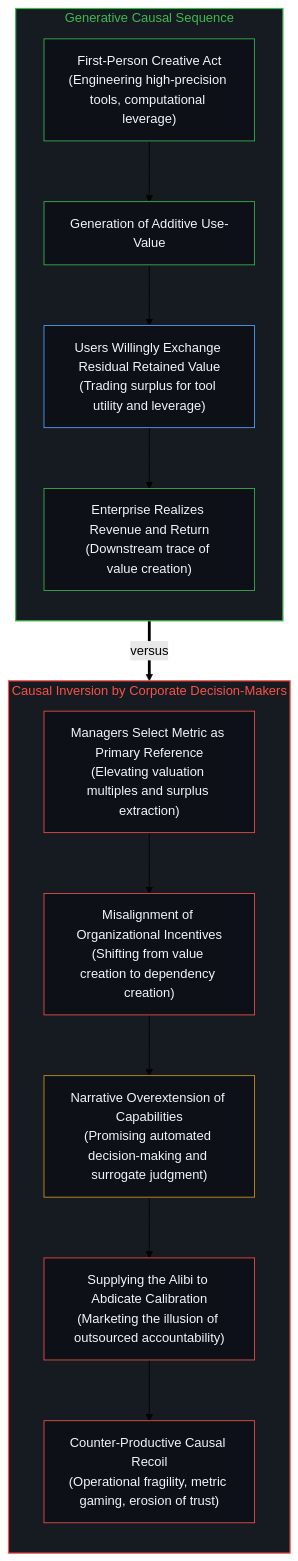
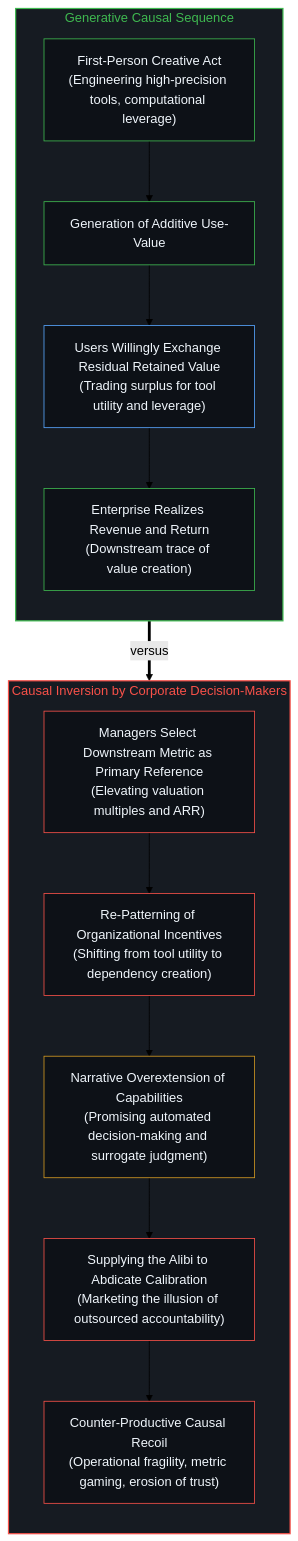
One commit to powerpig99/not-a-toe changed the sixth of 12 diagrams in content/posts/the-delegation-of-the-task-and-the-inalienability-of-consequences.md. Above: the diagram before and after it, drawn with Mermaid (forest theme). The commit also changed other lines of this file and 12 other files, not shown here.

````diff
--- a/content/posts/the-delegation-of-the-task-and-the-inalienability-of-consequences.md
+++ b/content/posts/the-delegation-of-the-task-and-the-inalienability-of-consequences.md
@@ -178,28 +178,28 @@
 ```mermaid
 flowchart TD
     subgraph S_Natural["Generative Causal Sequence"]
         direction TB
         V1["First-Person Creative Act<br/>(Engineering high-precision tools, computational leverage)"] --> V2["Generation of Additive Use-Value"]
         V2 --> V3["Users Willingly Exchange Residual Retained Value<br/>(Trading surplus for tool utility and leverage)"]
         V3 --> V4["Enterprise Realizes Revenue and Return<br/>(Downstream trace of value creation)"]
     end
     subgraph S_Inverted["Causal Inversion by Corporate Decision-Makers"]
         direction TB
-        I1["Managers Select Metric as Primary Reference<br/>(Elevating valuation multiples and surplus extraction)"] --> I2["Misalignment of Organizational Incentives<br/>(Shifting from value creation to dependency creation)"]
+        I1["Managers Select Downstream Metric as Primary Reference<br/>(Elevating valuation multiples and ARR)"] --> I2["Re-Patterning of Organizational Incentives<br/>(Shifting from tool utility to dependency creation)"]
         I2 --> I3["Narrative Overextension of Capabilities<br/>(Promising automated decision-making and surrogate judgment)"]
         I3 --> I4["Supplying the Alibi to Abdicate Calibration<br/>(Marketing the illusion of outsourced accountability)"]
         I4 --> I5["Counter-Productive Causal Recoil<br/>(Operational fragility, metric gaming, erosion of trust)"]
     end
     S_Natural ==>|"versus"| S_Inverted
     style S_Natural fill:#161b22,stroke:#3fb950,stroke-width:1.5px,color:#3fb950
     style S_Inverted fill:#161b22,stroke:#f85149,stroke-width:1.5px,color:#f85149
     style V1 fill:#0d1117,stroke:#3fb950,stroke-width:1px,color:#f0f6fc
     style V2 fill:#0d1117,stroke:#3fb950,stroke-width:1px,color:#f0f6fc
     style V3 fill:#0d1117,stroke:#58a6ff,stroke-width:1px,color:#f0f6fc
     style V4 fill:#0d1117,stroke:#3fb950,stroke-width:1px,color:#f0f6fc
     style I1 fill:#0d1117,stroke:#f85149,stroke-width:1px,color:#f0f6fc
     style I2 fill:#0d1117,stroke:#f85149,stroke-width:1px,color:#f0f6fc
     style I3 fill:#0d1117,stroke:#d29922,stroke-width:1px,color:#f0f6fc
     style I4 fill:#0d1117,stroke:#f85149,stroke-width:1px,color:#f0f6fc
     style I5 fill:#0d1117,stroke:#f85149,stroke-width:1px,color:#f0f6fc
 ```
````
